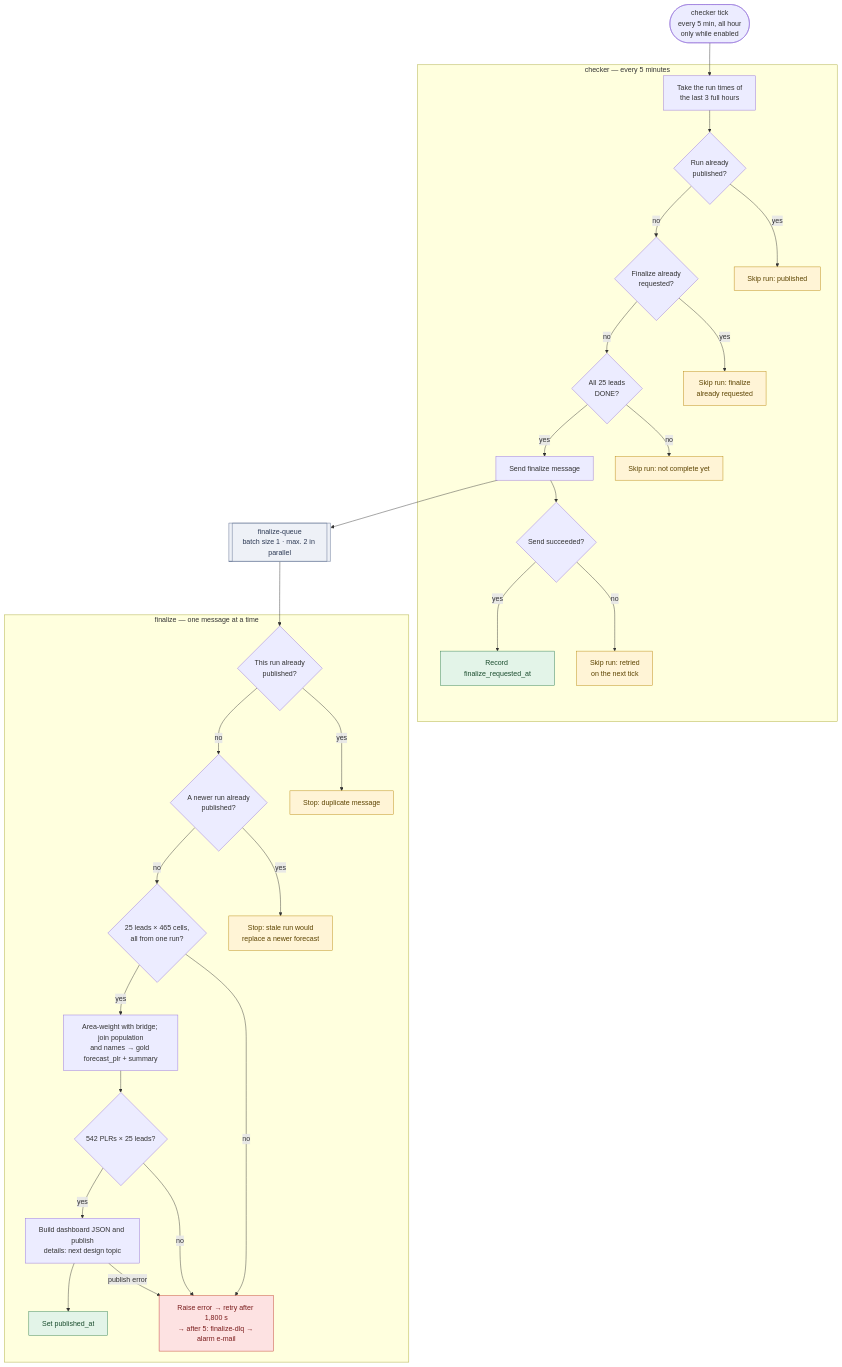
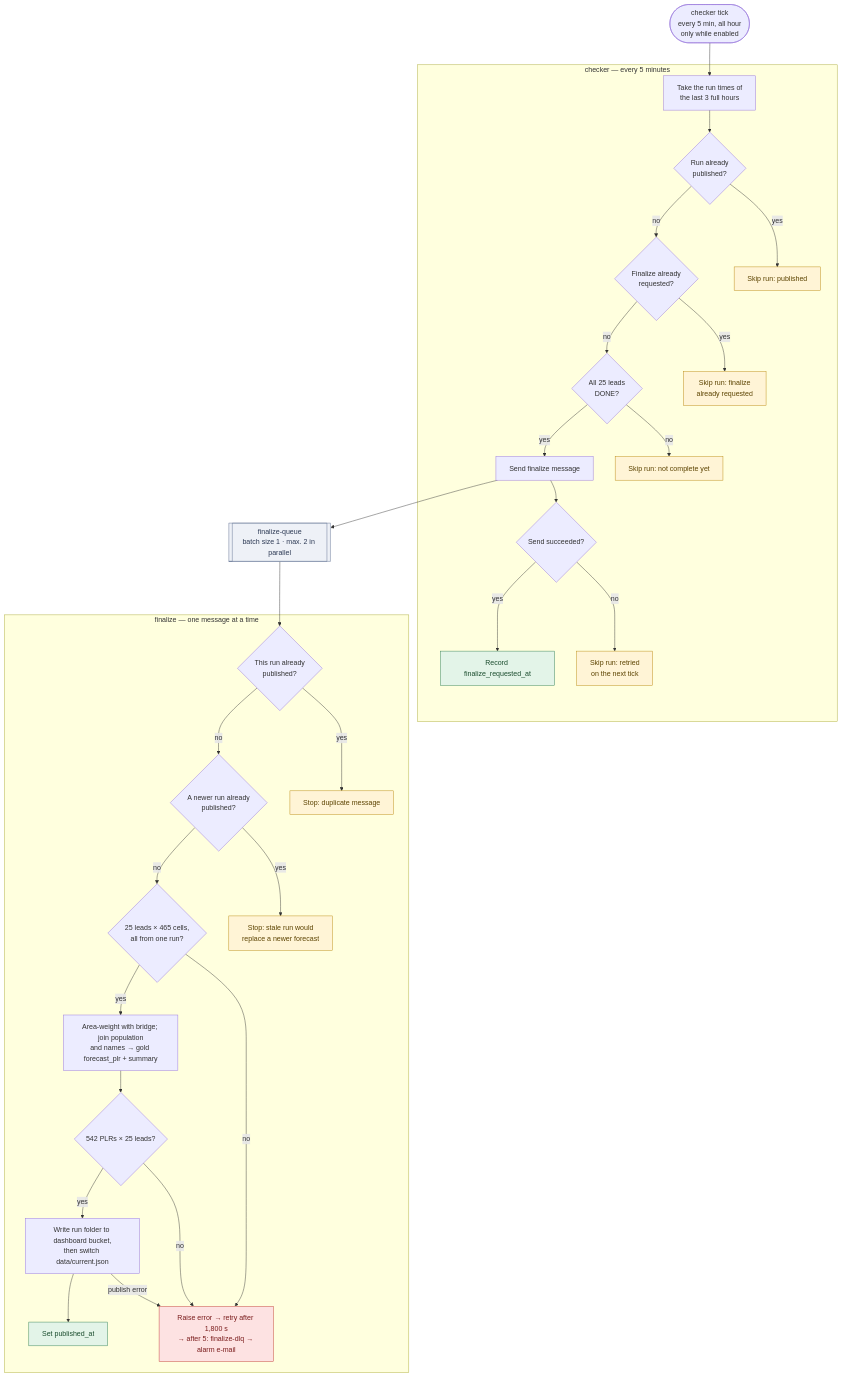
Before and after one commit to ohexel/berlin-temp-aws: the third of 3 diagrams in docs/orchestration-plan.md, drawn with Mermaid. The commit also changed other lines of this file and 14 other files, not shown here.

````diff
--- a/docs/orchestration-plan.md
+++ b/docs/orchestration-plan.md
@@ -155,60 +158,60 @@
 ```mermaid
 flowchart TD
     classDef ok fill:#e3f4e8,stroke:#2e7d4f,color:#1b4d2e
     classDef skip fill:#fff4d6,stroke:#b8860b,color:#5c4300
     classDef fail fill:#fde2e2,stroke:#c0392b,color:#7b1d1d
     classDef store fill:#eef1f7,stroke:#5b6b8c,color:#2d3a55
 
     CSCHED(["checker tick<br/>every 5 min, all hour<br/>only while enabled"])
 
     subgraph CHECKER["checker — every 5 minutes"]
         C1["Take the run times of<br/>the last 3 full hours"]
         C2{"Run already<br/>published?"}
         C3{"Finalize already<br/>requested?"}
         C4{"All 25 leads<br/>DONE?"}
         C5["Send finalize message"]
         C6{"Send succeeded?"}
         C7["Record finalize_requested_at"]:::ok
         CS1["Skip run: published"]:::skip
         CS2["Skip run: finalize<br/>already requested"]:::skip
         CS3["Skip run: not complete yet"]:::skip
         CS4["Skip run: retried<br/>on the next tick"]:::skip
     end
 
     CSCHED --> C1 --> C2
     C2 -- yes --> CS1
     C2 -- no --> C3
     C3 -- yes --> CS2
     C3 -- no --> C4
     C4 -- no --> CS3
     C4 -- yes --> C5 --> C6
     C6 -- no --> CS4
     C6 -- yes --> C7
 
     FQ[["finalize-queue<br/>batch size 1 · max. 2 in parallel"]]:::store
     C5 --> FQ
 
     subgraph FINALIZE["finalize — one message at a time"]
         F1{"This run already<br/>published?"}
         F2{"A newer run already<br/>published?"}
         F3{"25 leads × 465 cells,<br/>all from one run?"}
         F4["Area-weight with bridge; join population<br/>and names → gold forecast_plr + summary"]
         F5{"542 PLRs × 25 leads?"}
-        F6["Build dashboard JSON and publish<br/>details: next design topic"]
+        F6["Write run folder to dashboard bucket,<br/>then switch data/current.json"]
         F7["Set published_at"]:::ok
         FS1["Stop: duplicate message"]:::skip
         FS2["Stop: stale run would<br/>replace a newer forecast"]:::skip
         FERR["Raise error → retry after 1,800 s<br/>→ after 5: finalize-dlq → alarm e-mail"]:::fail
     end
 
     FQ --> F1
     F1 -- yes --> FS1
     F1 -- no --> F2
     F2 -- yes --> FS2
     F2 -- no --> F3
     F3 -- no --> FERR
     F3 -- yes --> F4 --> F5
     F5 -- no --> FERR
     F5 -- yes --> F6 --> F7
     F6 -- "publish error" --> FERR
 ```
````
